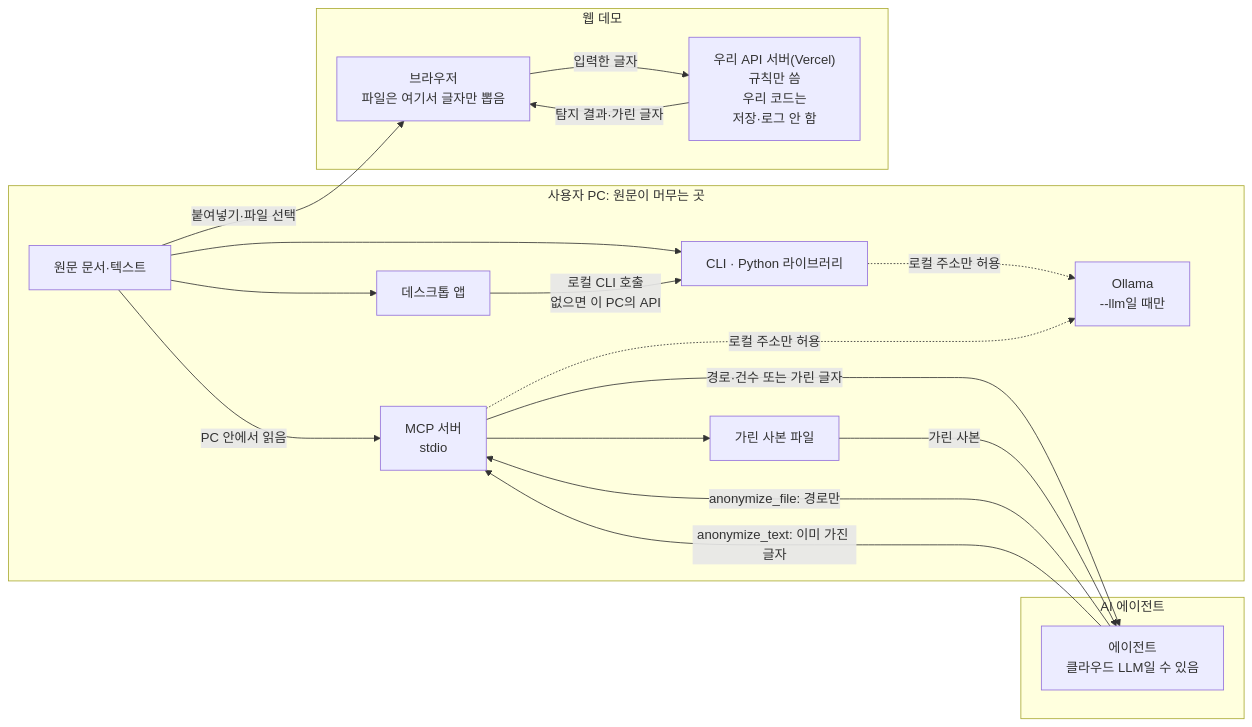
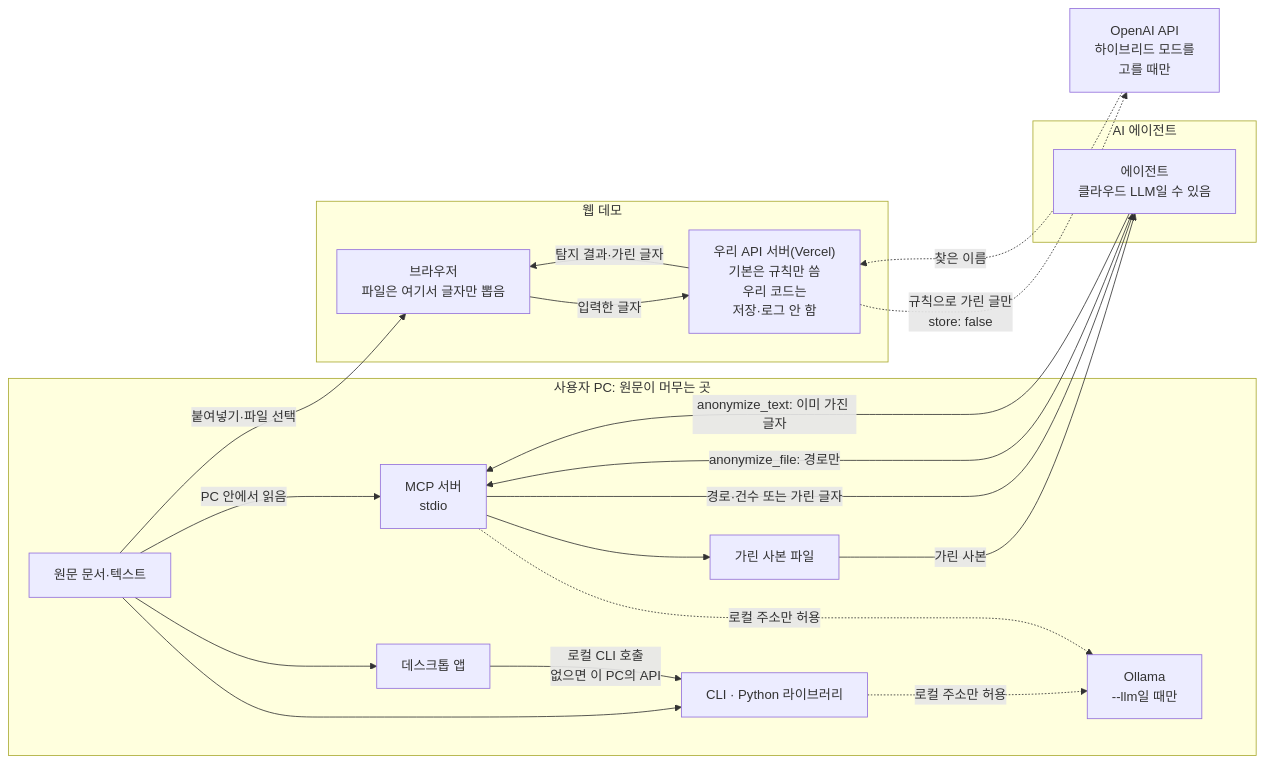
Before and after one commit to ChoHyeonChan/maskingtape: the first of 2 diagrams in README.md, drawn with Mermaid. The commit also changed other lines of this file and 5 other files, not shown here.

````diff
--- a/README.md
+++ b/README.md
@@ -243,32 +246,35 @@
 ```mermaid
 flowchart LR
     subgraph pc["사용자 PC: 원문이 머무는 곳"]
         doc["원문 문서·텍스트"]
         cli["CLI · Python 라이브러리"]
         desk["데스크톱 앱"]
         llm["Ollama<br/>--llm일 때만"]
         mcp["MCP 서버<br/>stdio"]
         copy["가린 사본 파일"]
     end
     subgraph agent["AI 에이전트"]
         ag["에이전트<br/>클라우드 LLM일 수 있음"]
     end
     subgraph demo["웹 데모"]
         browser["브라우저<br/>파일은 여기서 글자만 뽑음"]
-        api["우리 API 서버(Vercel)<br/>규칙만 씀<br/>우리 코드는<br/>저장·로그 안 함"]
+        api["우리 API 서버(Vercel)<br/>기본은 규칙만 씀<br/>우리 코드는<br/>저장·로그 안 함"]
     end
+    openai["OpenAI API<br/>하이브리드 모드를<br/>고를 때만"]
     doc --> cli
     doc --> desk
     desk -- "로컬 CLI 호출<br/>없으면 이 PC의 API" --> cli
     cli -. "로컬 주소만 허용" .-> llm
     mcp -. "로컬 주소만 허용" .-> llm
     doc -- "PC 안에서 읽음" --> mcp
     ag -- "anonymize_file: 경로만" --> mcp
     ag -- "anonymize_text: 이미 가진 글자" --> mcp
     mcp --> copy
     mcp -- "경로·건수 또는 가린 글자" --> ag
     copy -- "가린 사본" --> ag
     doc -- "붙여넣기·파일 선택" --> browser
     browser -- "입력한 글자" --> api
     api -- "탐지 결과·가린 글자" --> browser
+    api -. "규칙으로 가린 글만<br/>store: false" .-> openai
+    openai -. "찾은 이름" .-> api
 ```
````
